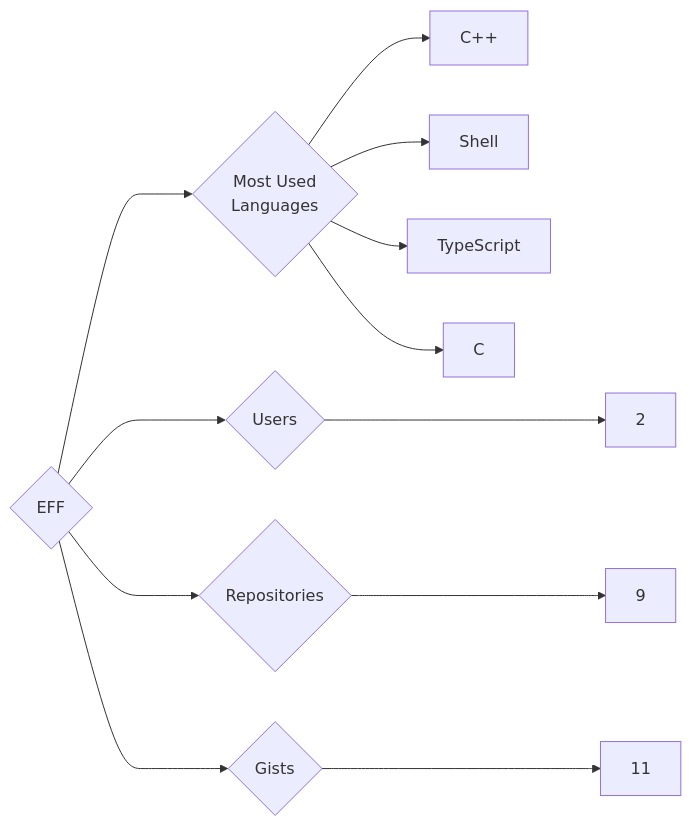
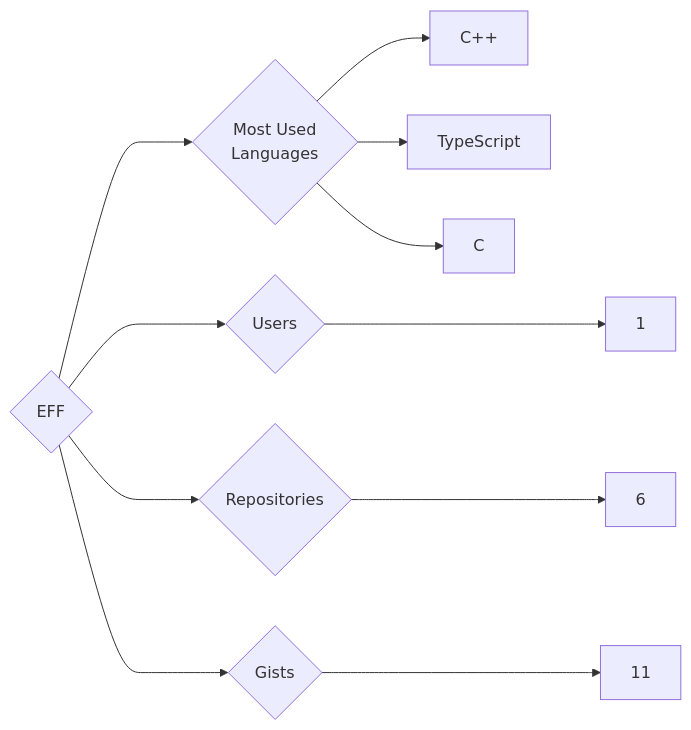
The diagram in targets/EFF/README.md (trickest/insiders), drawn with Mermaid before and after one commit. The commit also changed 636 other files, not shown here.

````diff
--- a/targets/EFF/README.md
+++ b/targets/EFF/README.md
@@ -3,12 +3,11 @@
 ```mermaid
 graph LR
 COMPANY_NAME{EFF}
-COMPANY_NAME ---> U{Users} ---> UN[2]
-COMPANY_NAME ---> R{Repositories} ---> RN[9]
+COMPANY_NAME ---> U{Users} ---> UN[1]
+COMPANY_NAME ---> R{Repositories} ---> RN[6]
 COMPANY_NAME ---> G{Gists} ---> GN[11]
 COMPANY_NAME ---> ML{Most Used<br>Languages}
 ML --> C++[C++]
-ML --> Shell[Shell]
 ML --> TypeScript[TypeScript]
 ML --> C[C]
 ```
````
